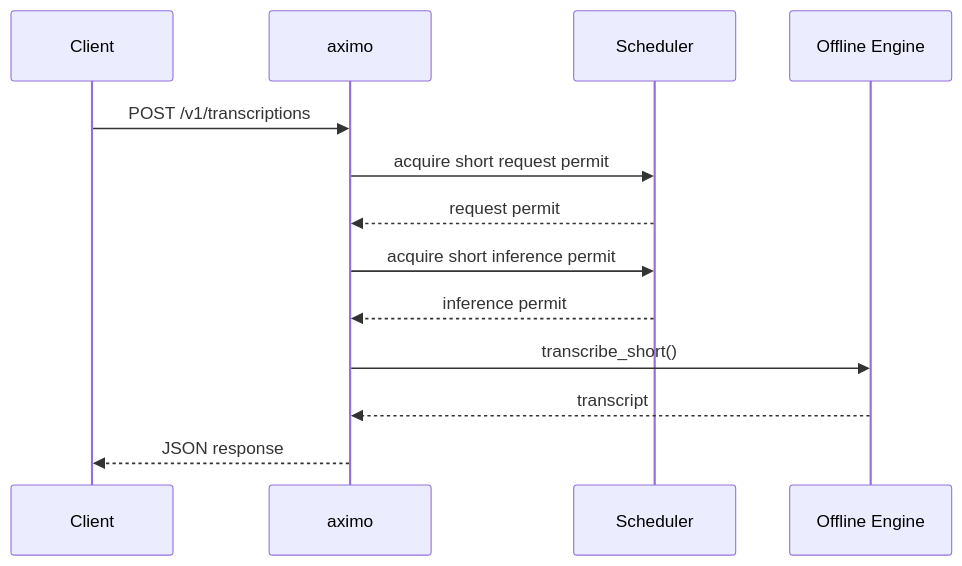
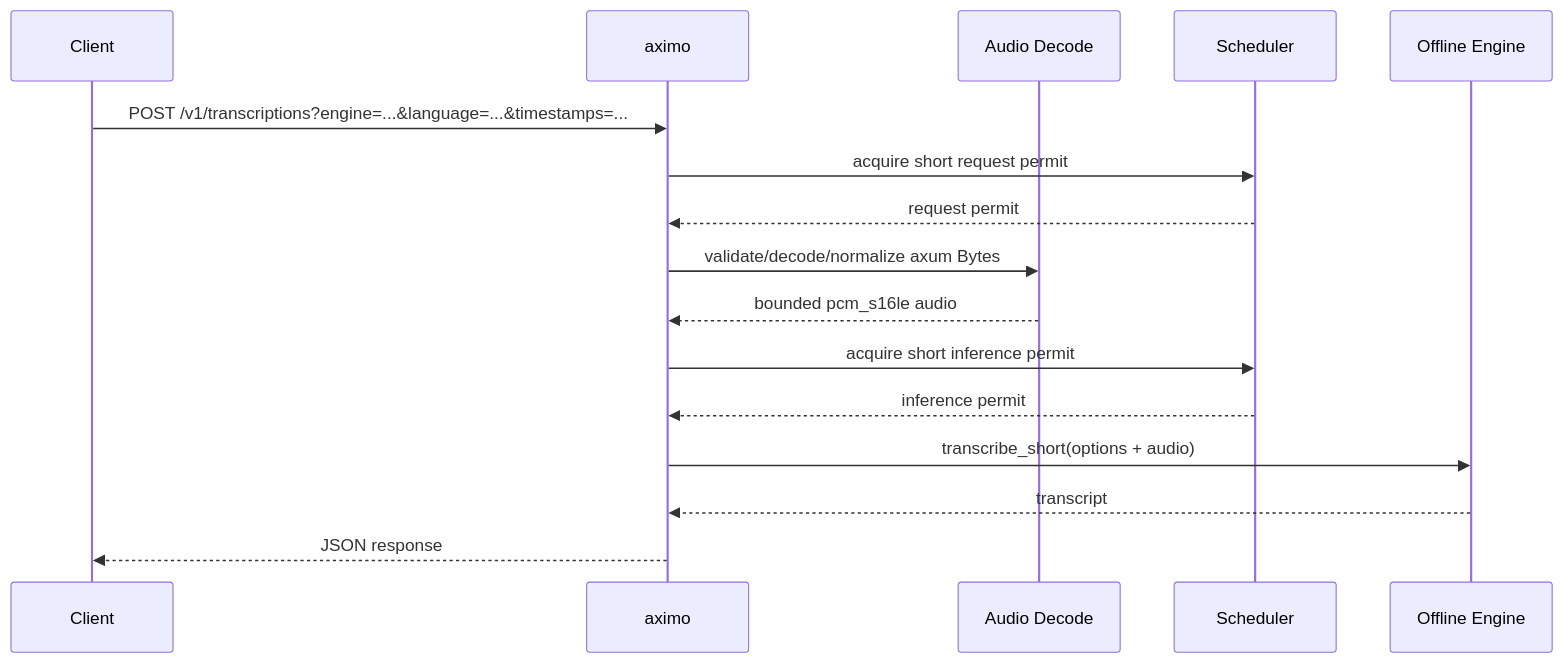
One commit to agent-axiom/aximo changed the second of 3 diagrams in docs/architecture.md. Above: the diagram before and after it, drawn with Mermaid. The commit also changed other lines of this file and 4 other files, not shown here.

````diff
--- a/docs/architecture.md
+++ b/docs/architecture.md
@@ -21,16 +21,19 @@
 ```mermaid
 sequenceDiagram
     participant C as Client
     participant A as aximo
+    participant D as Audio Decode
     participant S as Scheduler
     participant E as Offline Engine
 
-    C->>A: POST /v1/transcriptions
+    C->>A: POST /v1/transcriptions?engine=...&language=...&timestamps=...
     A->>S: acquire short request permit
     S-->>A: request permit
+    A->>D: validate/decode/normalize axum Bytes
+    D-->>A: bounded pcm_s16le audio
     A->>S: acquire short inference permit
     S-->>A: inference permit
-    A->>E: transcribe_short()
+    A->>E: transcribe_short(options + audio)
     E-->>A: transcript
     A-->>C: JSON response
 ```
````
